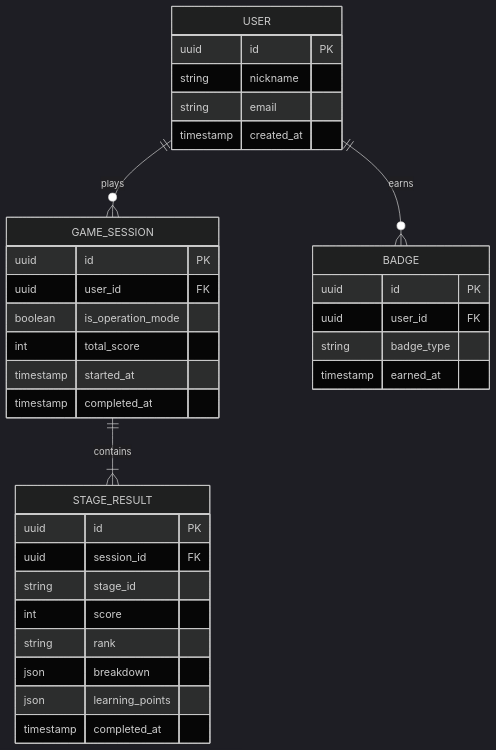
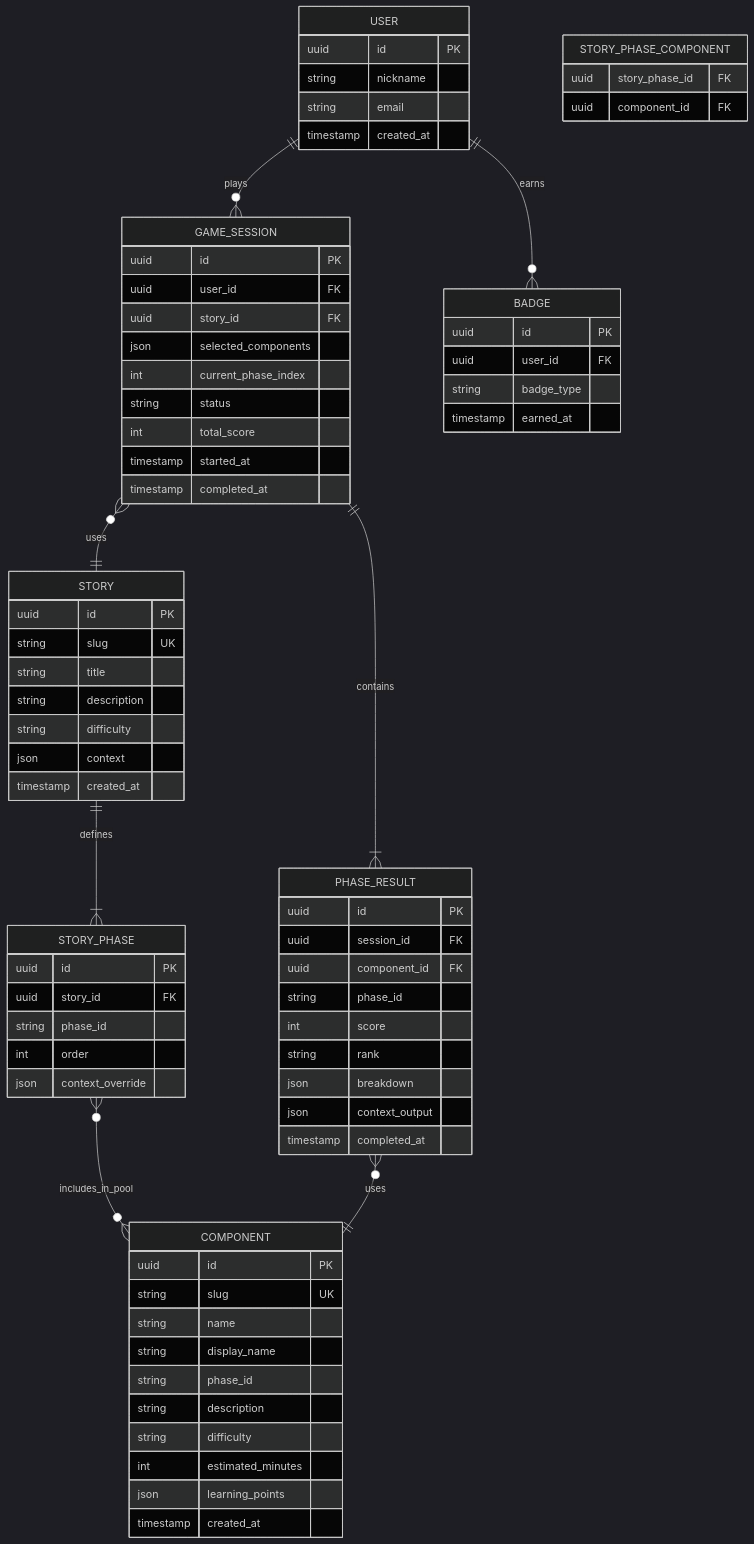
Before and after one commit to Ai0202/cyber-security-game: the fifth of 5 diagrams in docs/er-diagram.md, drawn with Mermaid (dark theme). The commit also changed other lines of this file and 5 other files, not shown here.

````diff
--- a/docs/er-diagram.md
+++ b/docs/er-diagram.md
@@ -70,7 +191,11 @@
 ```mermaid
 erDiagram
     USER ||--o{ GAME_SESSION : plays
-    GAME_SESSION ||--|{ STAGE_RESULT : contains
+    GAME_SESSION ||--|{ PHASE_RESULT : contains
+    GAME_SESSION }o--|| STORY : uses
+    STORY ||--|{ STORY_PHASE : defines
+    STORY_PHASE }o--o{ COMPONENT : includes_in_pool
+    PHASE_RESULT }o--|| COMPONENT : uses
     USER ||--o{ BADGE : earns
 
     USER {
@@ -80,23 +205,63 @@
         timestamp created_at
     }
 
+    STORY {
+        uuid id PK
+        string slug UK
+        string title
+        string description
+        string difficulty
+        json context
+        timestamp created_at
+    }
+
+    STORY_PHASE {
+        uuid id PK
+        uuid story_id FK
+        string phase_id
+        int order
+        json context_override
+    }
+
+    STORY_PHASE_COMPONENT {
+        uuid story_phase_id FK
+        uuid component_id FK
+    }
+
+    COMPONENT {
+        uuid id PK
+        string slug UK
+        string name
+        string display_name
+        string phase_id
+        string description
+        string difficulty
+        int estimated_minutes
+        json learning_points
+        timestamp created_at
+    }
+
     GAME_SESSION {
         uuid id PK
         uuid user_id FK
-        boolean is_operation_mode
+        uuid story_id FK
+        json selected_components
+        int current_phase_index
+        string status
         int total_score
         timestamp started_at
         timestamp completed_at
     }
 
-    STAGE_RESULT {
+    PHASE_RESULT {
         uuid id PK
         uuid session_id FK
-        string stage_id
+        uuid component_id FK
+        string phase_id
         int score
         string rank
         json breakdown
-        json learning_points
+        json context_output
         timestamp completed_at
     }
 
````
